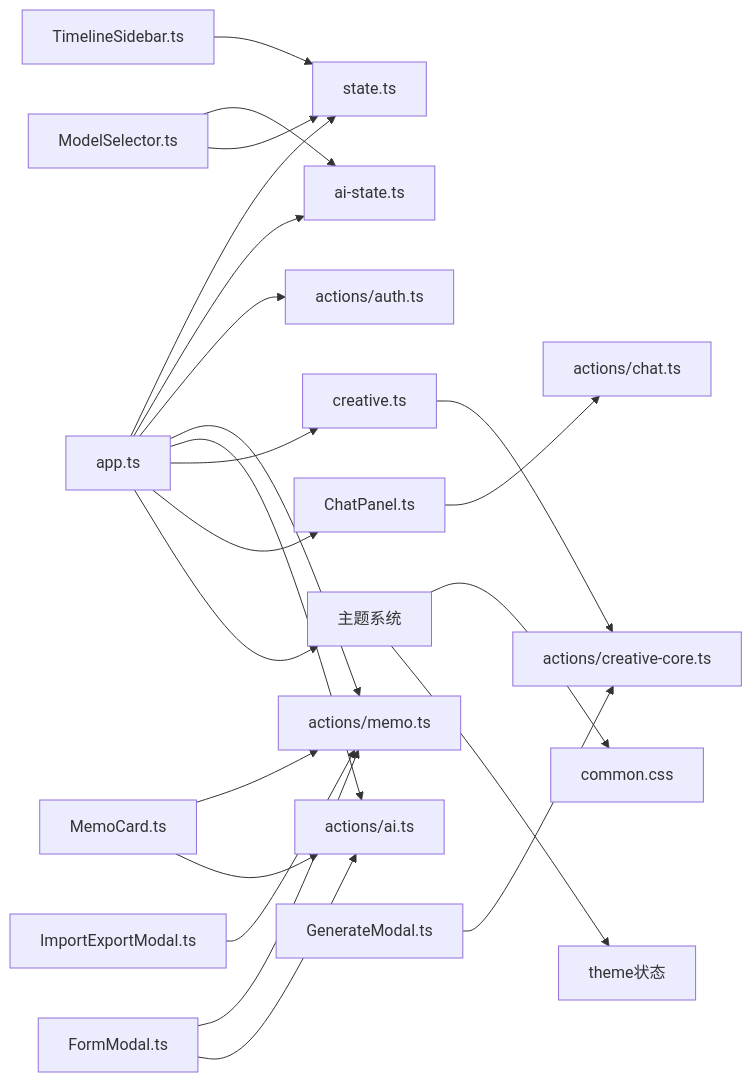
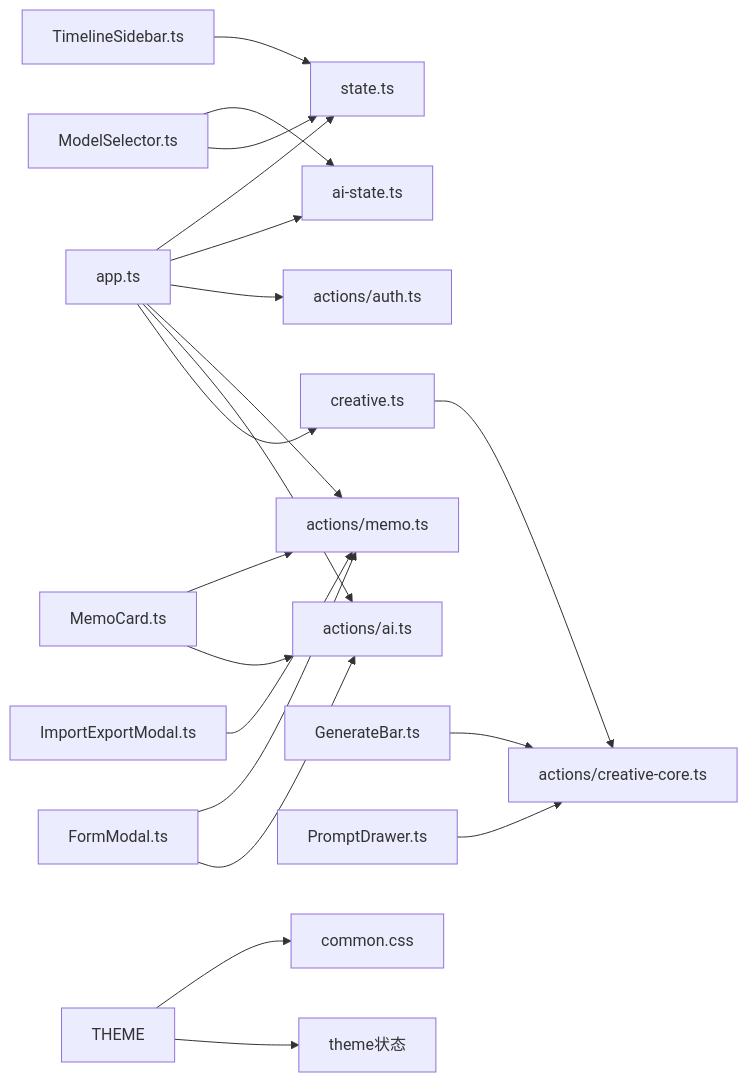
Diagram 16 of 16 in .qoder/repowiki/zh/content/前端应用/Admin管理界面/Admin管理界面.md (BlackBoxRecorder/memos), drawn with Mermaid before and after one commit. The commit also changed other lines of this file and 7 other files, not shown here.

````diff
--- a/.qoder/repowiki/zh/content/前端应用/Admin管理界面/Admin管理界面.md
+++ b/.qoder/repowiki/zh/content/前端应用/Admin管理界面/Admin管理界面.md
@@ -676,24 +629,22 @@
 ```mermaid
 graph LR
 APP["app.ts"] --> STATE["state.ts"]
 APP --> AI_STATE["ai-state.ts"]
 APP --> AUTH_ACT["actions/auth.ts"]
 APP --> MEMO_ACT["actions/memo.ts"]
 APP --> AI_ACT["actions/ai.ts"]
 APP --> CREATIVE["creative.ts"]
-APP --> CHATPANEL["ChatPanel.ts"]
-APP --> THEME["主题系统"]
 CREATIVE --> CREATIVE_ACT["actions/creative-core.ts"]
-CHATPANEL --> CHAT_ACT["actions/chat.ts"]
 MEMOCARD["MemoCard.ts"] --> MEMO_ACT
 MEMOCARD --> AI_ACT
 FORMMODAL["FormModal.ts"] --> MEMO_ACT
 FORMMODAL --> AI_ACT
 TIMELINE["TimelineSidebar.ts"] --> STATE
 MODELSEL["ModelSelector.ts"] --> AI_STATE
 MODELSEL --> STATE
 IMPORTMODAL["ImportExportModal.ts"] --> MEMO_ACT
-GENMODAL["GenerateModal.ts"] --> CREATIVE_ACT
+GENERATEBAR["GenerateBar.ts"] --> CREATIVE_ACT
+PROMPTDRAWER["PromptDrawer.ts"] --> CREATIVE_ACT
 THEME --> COMMON_CSS["common.css"]
 THEME --> THEME_STATE["theme状态"]
 ```
````
